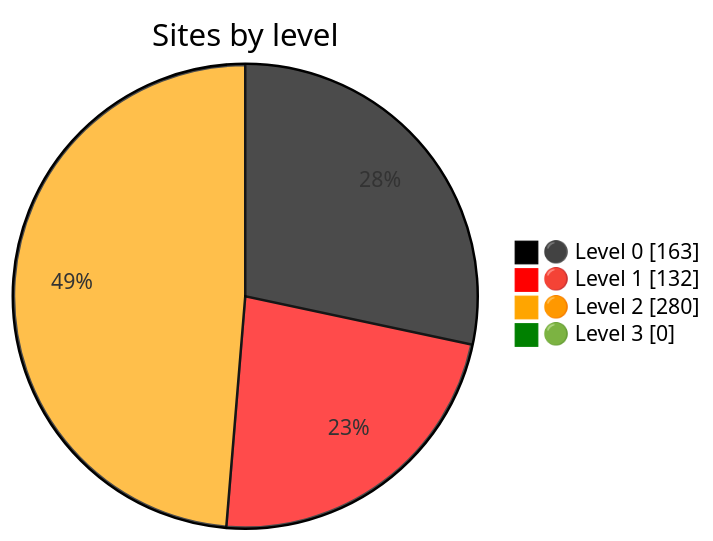
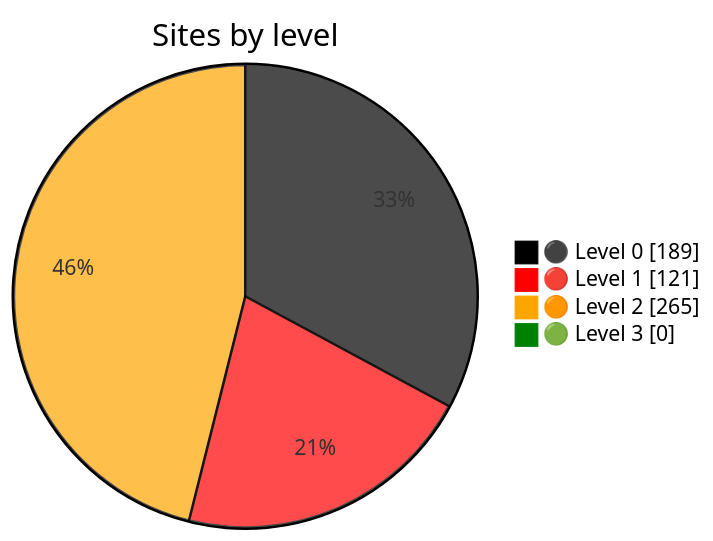
The diagram in README.md (nuuuwan/gov_lk_web_auditor), drawn with Mermaid before and after one commit. The commit also changed other lines of this file and 2612 other files, not shown here.

````diff
--- a/README.md
+++ b/README.md
@@ -24,9 +24,9 @@
 ```mermaid
 %%{init: {"themeVariables":{"pie1":"black","pie2":"red","pie3":"orange","pie4":"green"}}}%%
 pie showData
     title Sites by level
-    "⚫ Level 0" : 163
-    "🔴 Level 1" : 132
-    "🟠 Level 2" : 280
+    "⚫ Level 0" : 189
+    "🔴 Level 1" : 121
+    "🟠 Level 2" : 265
     "🟢 Level 3" : 0
 ```
````
